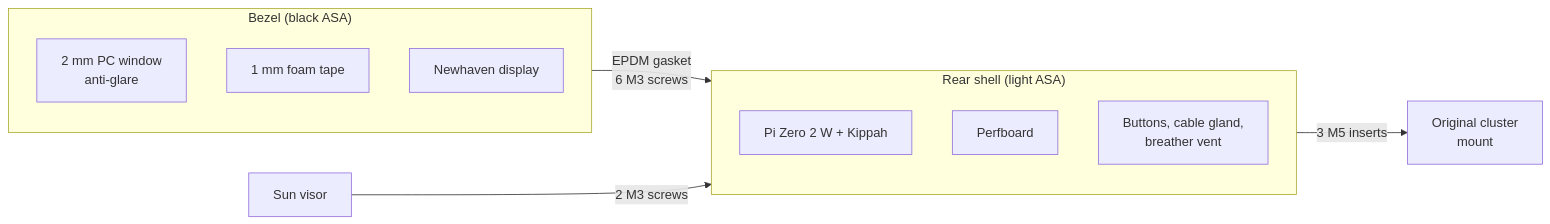
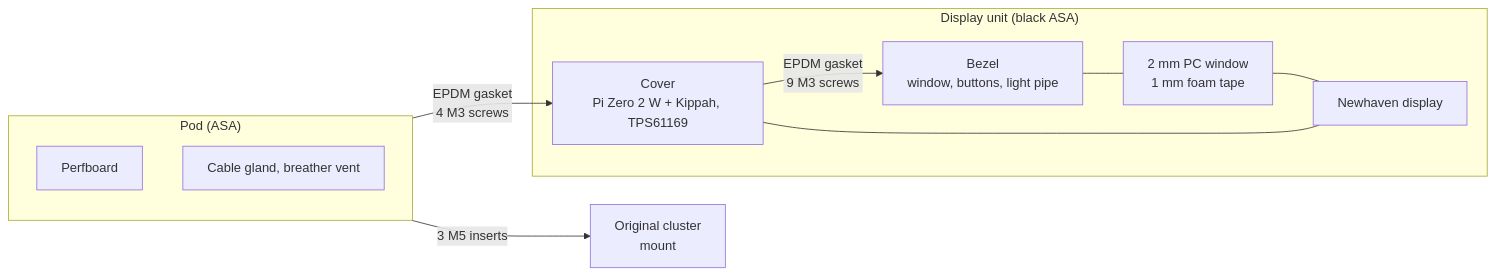
Before and after one commit to frascella-dev/tdm-dash: the diagram in docs/manual/07-enclosure-and-bracket.md, drawn with Mermaid. The commit also changed other lines of this file and 17 other files, not shown here.

First line of the commit message:
Enclosure: thin display unit and a small pod for the boards

````diff
--- a/docs/manual/07-enclosure-and-bracket.md
+++ b/docs/manual/07-enclosure-and-bracket.md
@@ -31,16 +36,17 @@
 ```mermaid
 flowchart LR
-  subgraph F["Bezel (black ASA)"]
-    W["2 mm PC window<br/>anti-glare"]
-    G["1 mm foam tape"]
+  subgraph U["Display unit (black ASA)"]
+    F["Bezel<br/>window, buttons, light pipe"]
+    W["2 mm PC window<br/>1 mm foam tape"]
     P["Newhaven display"]
+    C["Cover<br/>Pi Zero 2 W + Kippah, TPS61169"]
   end
-  subgraph R["Rear shell (light ASA)"]
-    PI["Pi Zero 2 W + Kippah"]
+  subgraph R["Pod (ASA)"]
     PB["Perfboard"]
-    B["Buttons, cable gland,<br/>breather vent"]
+    G["Cable gland, breather vent"]
   end
-  F -- "EPDM gasket<br/>6 M3 screws" --> R
-  V["Sun visor"] -- "2 M3 screws" --> R
+  F --- W --- P --- C
+  C -- "EPDM gasket<br/>9 M3 screws" --> F
+  R -- "EPDM gasket<br/>4 M3 screws" --> C
   R -- "3 M5 inserts" --> S["Original cluster<br/>mount"]
 ```
````
